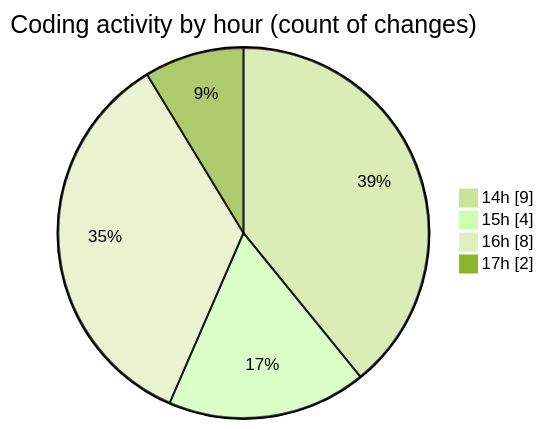
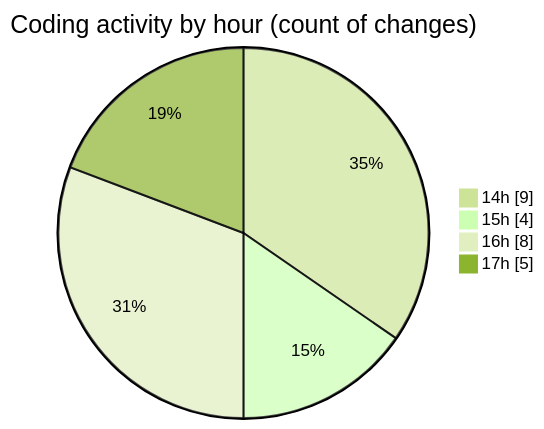
One commit to JenPaints/code-tracking changed the second of 2 diagrams in 2025-05-28/kimberly-groups/README.md. Above: the diagram before and after it, drawn with Mermaid (forest theme). The commit also changed other lines of this file and 1 other file, not shown here.

````diff
--- a/2025-05-28/kimberly-groups/README.md
+++ b/2025-05-28/kimberly-groups/README.md
@@ -35,8 +35,8 @@
 ```mermaid
 pie showData
 title Coding activity by hour (count of changes)
 "14h" : 9
 "15h" : 4
 "16h" : 8
-"17h" : 2
+"17h" : 5
 ```
````
